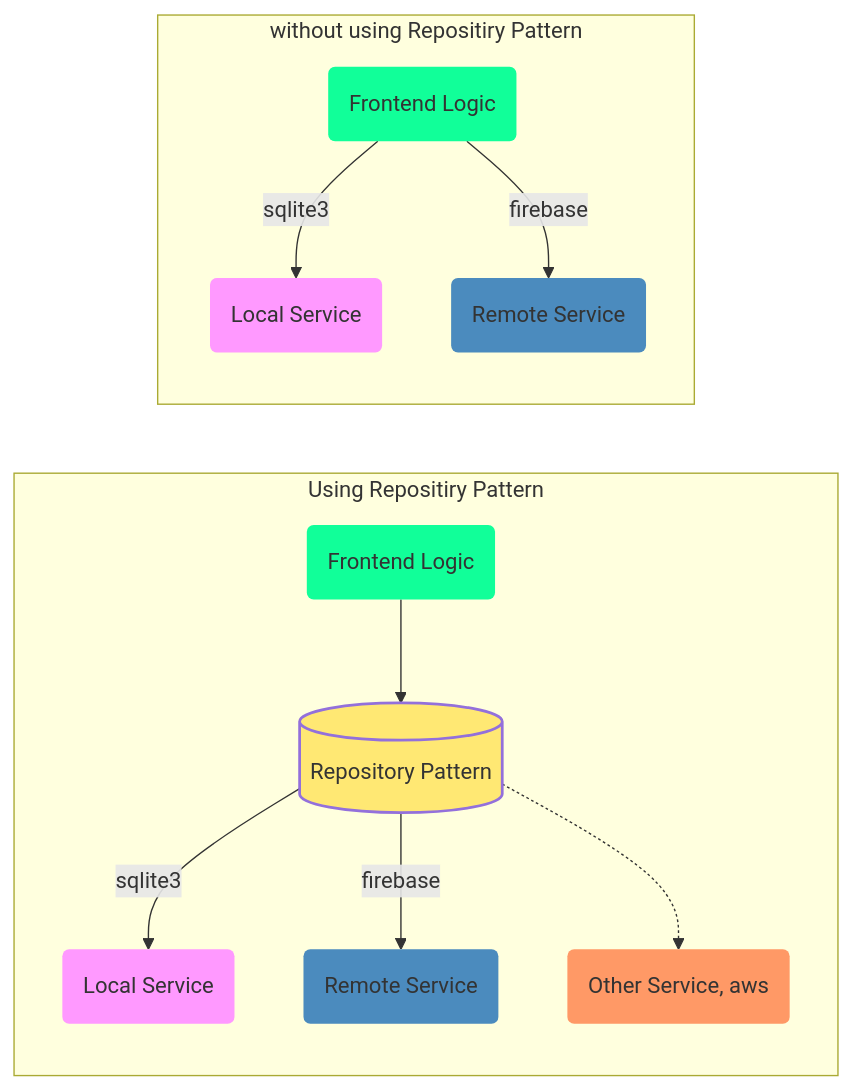
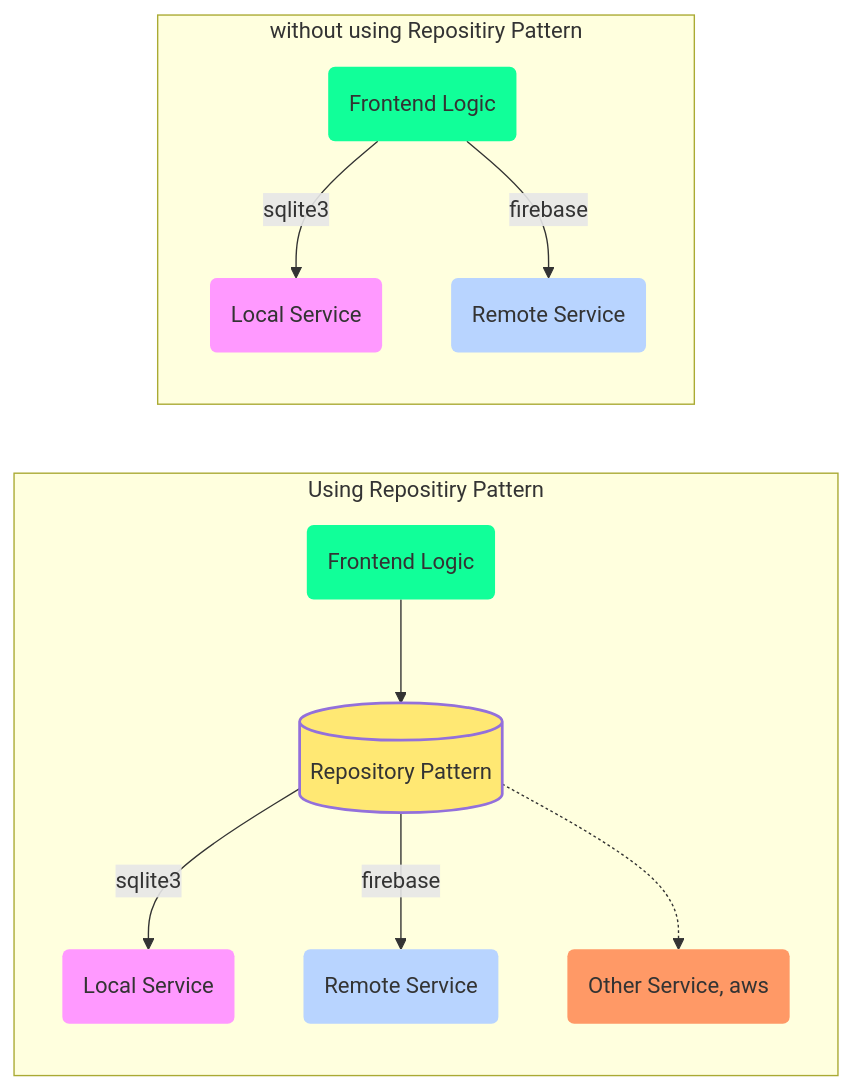
The second of 2 diagrams in docs/Tutorials/11_designpatterns.md (avimehenwal/python.avimehenwal), drawn with Mermaid before and after one commit. The commit also changed other lines of this file and 14 other files, not shown here.

````diff
--- a/docs/Tutorials/11_designpatterns.md
+++ b/docs/Tutorials/11_designpatterns.md
@@ -53,34 +53,31 @@
 ```mermaid
 graph LR
 
 subgraph Using Repositiry Pattern
    A(Frontend Logic):::green
    B[(Repository Pattern)]:::yellow
    C(Local Service):::purple
    D(Remote Service):::blue
    X(Other Service, aws):::orange
-
    A --> B
    B -- sqlite3 --> C
    B -- firebase --> D
    B -.-> X
 end
 
 subgraph without using Repositiry Pattern
    E(Frontend Logic):::green
    F(Local Service):::purple
    G(Remote Service):::blue
-
    E -- sqlite3 --> F
    E -- firebase --> G
 end
 
-
 classDef green fill:#1f9,stroke-width:0px;
 classDef orange fill:#f96,stroke-width:0px;
 classDef yellow fill:#FFE873,stroke-width:2px;
-classDef blue fill:#4B8BBE,stroke-width:0px;
+classDef blue fill:#b8d4ff,stroke-width:0px;
 classDef purple fill:#f9f,stroke:#333,stroke-width:0px;
 
 click A "https://www.wikipedia.org/" "Click to open wikipedia"
 ```
````
